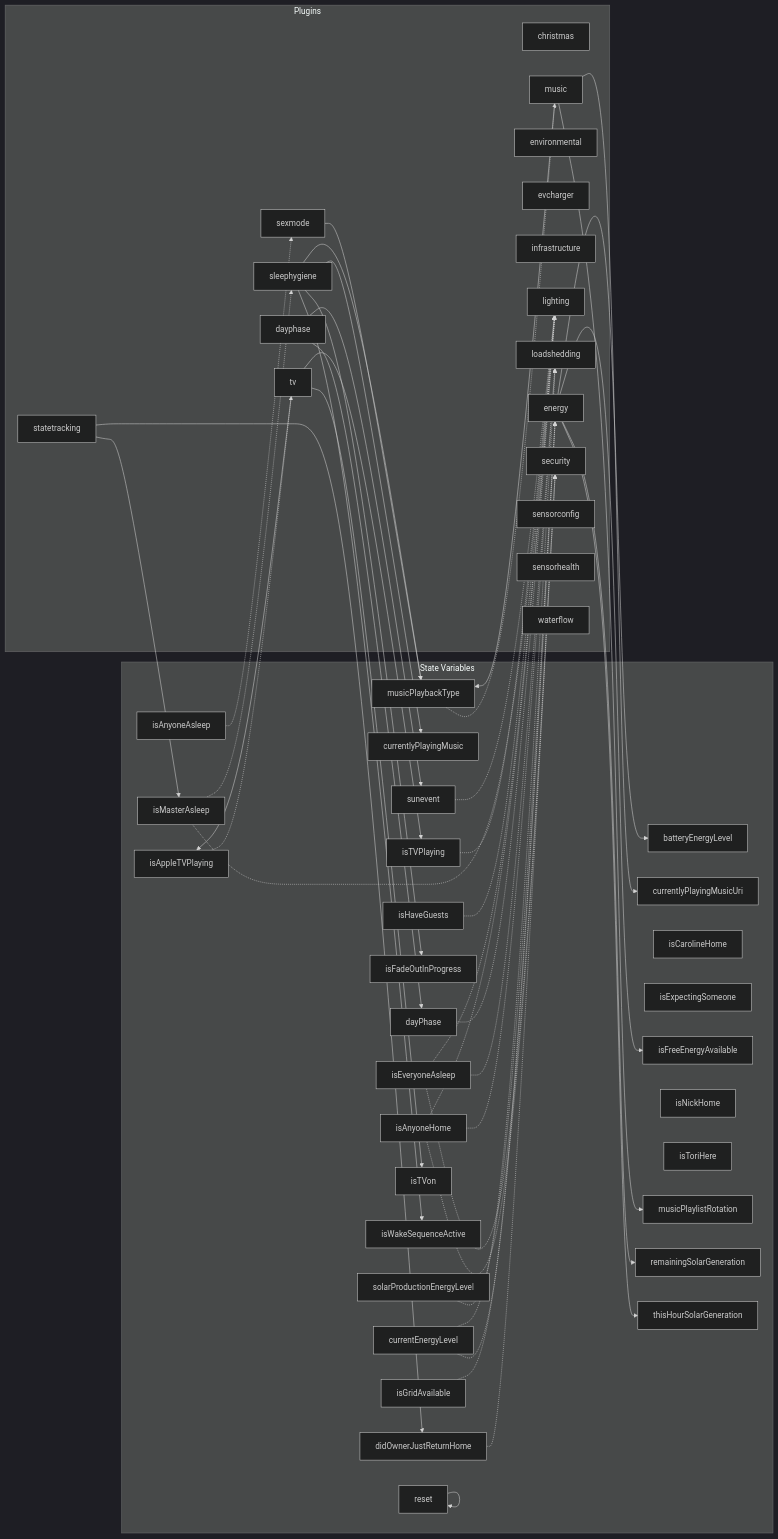
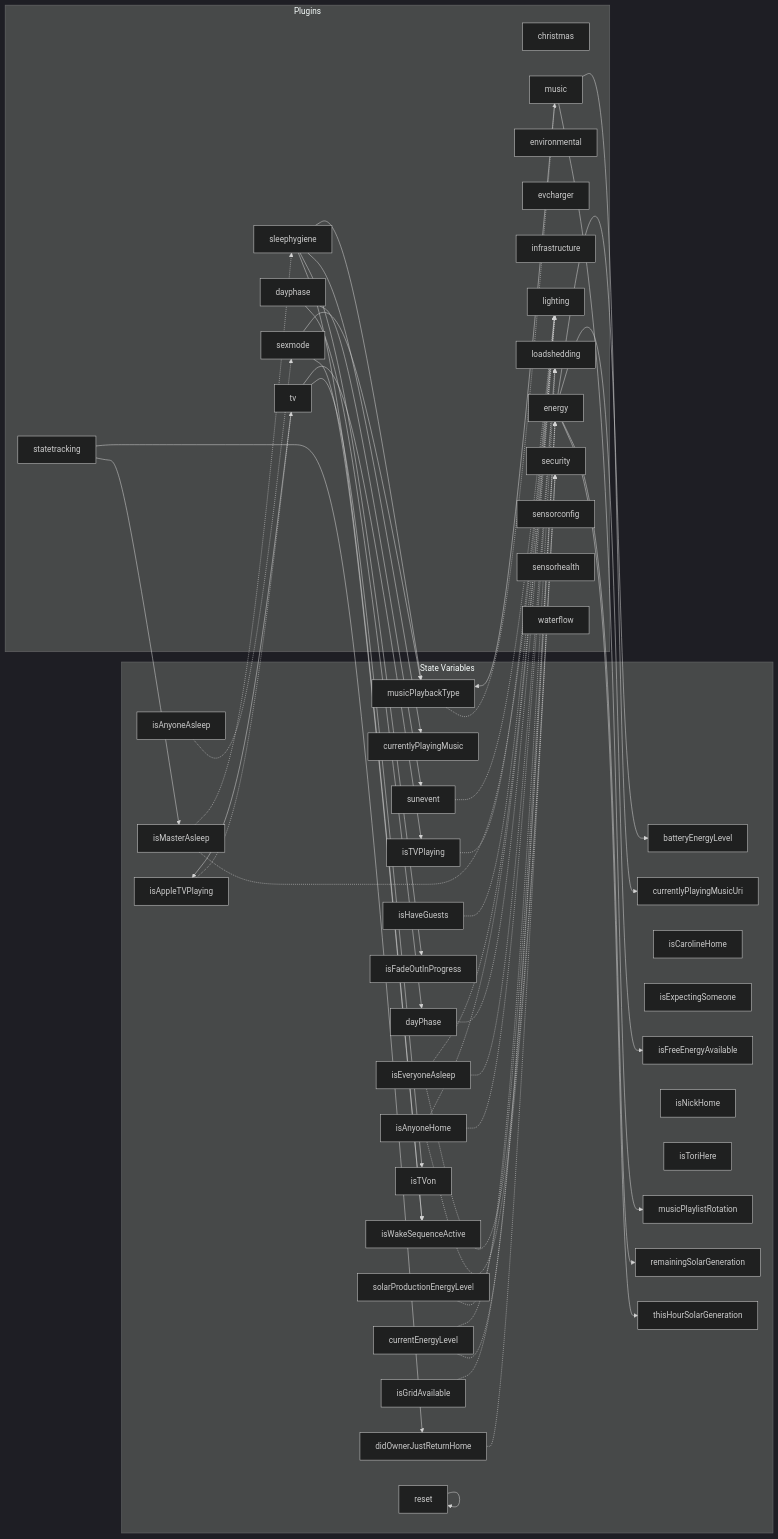
Before and after one commit to NickBorgers/home-automation: the diagram in docs/generated/plugin-dependencies.md, drawn with Mermaid (dark theme). The commit also changed 1 other file, not shown here.

Commit message:
docs: Regenerate diagrams for sexmode isWakeSequenceActive dependency

```diff
--- a/docs/generated/plugin-dependencies.md
+++ b/docs/generated/plugin-dependencies.md
@@ -91,6 +91,7 @@
     music --> musicPlaybackType
     music --> musicPlaylistRotation
     reset --> reset
+    sexmode --> isWakeSequenceActive
     sexmode --> musicPlaybackType
     sleephygiene --> currentlyPlayingMusic
     sleephygiene --> isFadeOutInProgress
```
